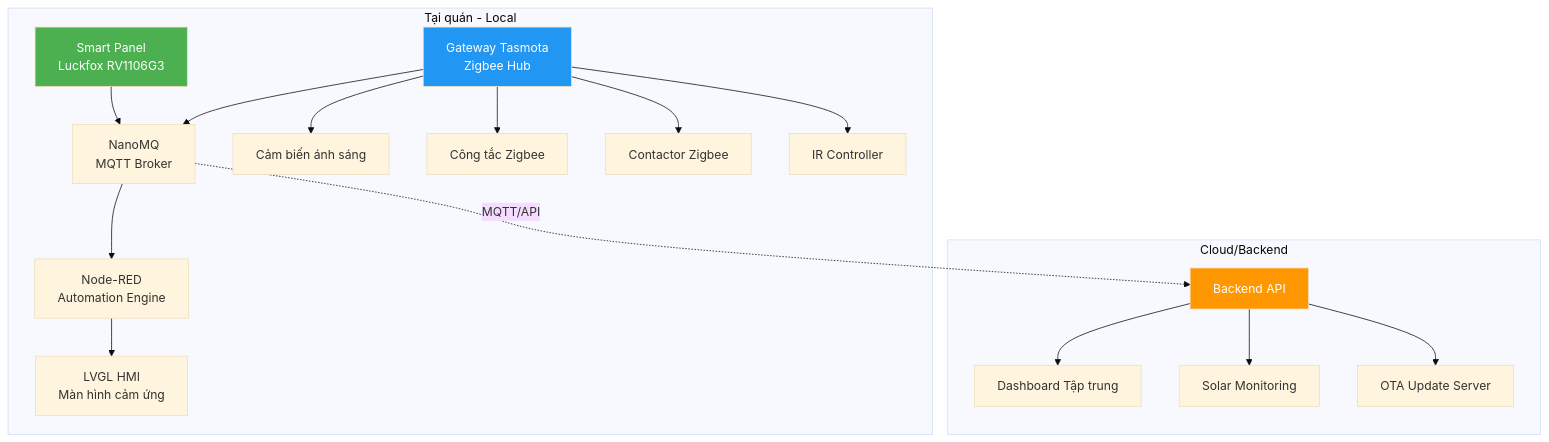
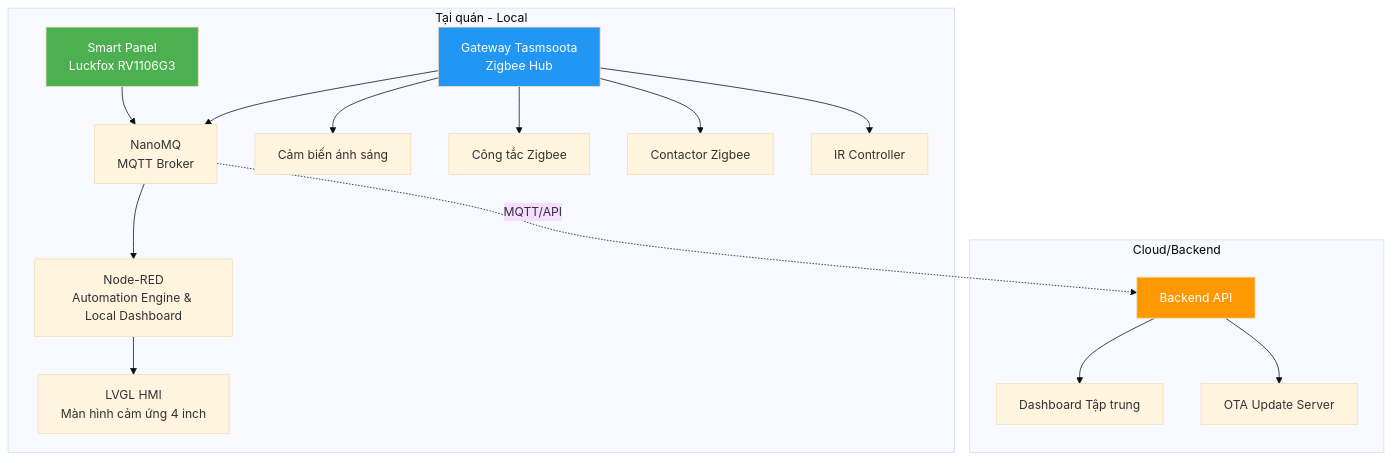
The diagram in slides/01-title.md (huongvn/HLCFEOS), drawn with Mermaid (base theme) before and after one commit.

Commit message:
fix(slide-01): update architecture diagram labels
- Update Node-RED label to include 'Local Dashboard'
- Add '4 inch' to LVGL HMI screen label
- Remove Solar Monitoring from Cloud/Backend subgraph

````diff
--- a/slides/01-title.md
+++ b/slides/01-title.md
@@ -22,25 +22,24 @@
 ```mermaid
 graph TB
     subgraph "Tại quán - Local"
         A[Smart Panel<br/>Luckfox RV1106G3] --> B[NanoMQ<br/>MQTT Broker]
-        B --> C[Node-RED<br/>Automation Engine]
-        C --> D[LVGL HMI<br/>Màn hình cảm ứng]
-        E[Gateway Tasmota<br/>Zigbee Hub] --> B
+        B --> C[Node-RED<br/>Automation Engine & Local Dashboard]
+        C --> D[LVGL HMI<br/>Màn hình cảm ứng 4 inch]
+        E[Gateway Tasmsoota<br/>Zigbee Hub] --> B
         E --> F[Cảm biến ánh sáng]
         E --> G[Công tắc Zigbee]
         E --> H[Contactor Zigbee]
         E --> I[IR Controller]
     end
     
     subgraph "Cloud/Backend"
         J[Backend API] --> K[Dashboard Tập trung]
-        J --> L[Solar Monitoring]
         J --> M[OTA Update Server]
     end
     
     B -. MQTT/API .-> J
     
     style A fill:#4CAF50,color:#fff
     style E fill:#2196F3,color:#fff
     style J fill:#FF9800,color:#fff
 ```
````
